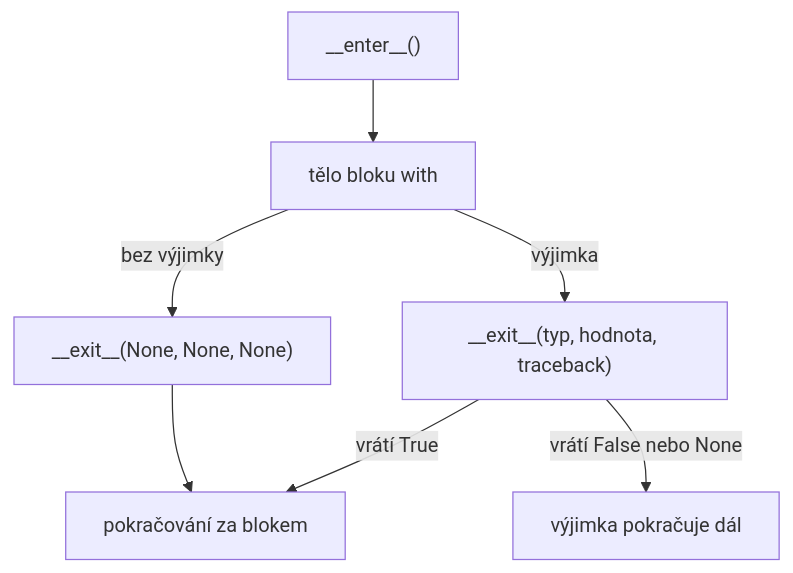
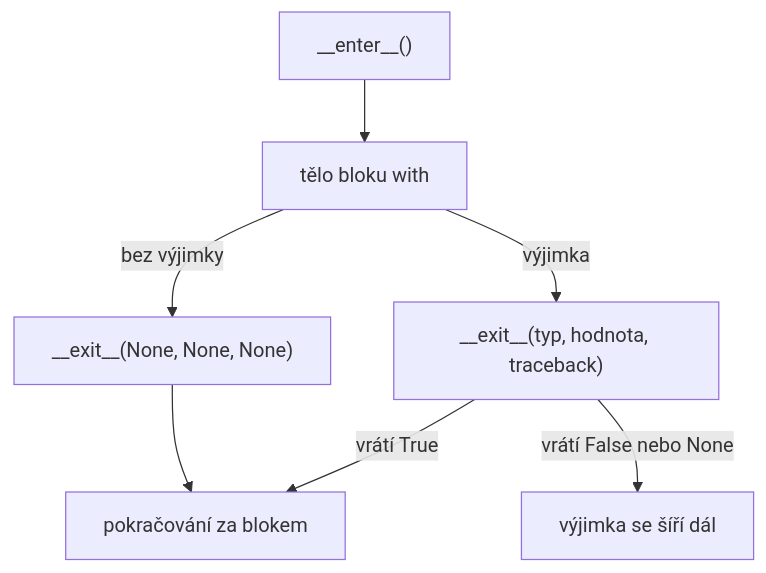
Before and after one commit to BPC-UIM/doplnkove-materialy: the second of 2 diagrams in 01-psani-kodu/dekoratory.md, drawn with Mermaid. The commit also changed other lines of this file and 2 other files, not shown here.

````diff
--- a/01-psani-kodu/dekoratory.md
+++ b/01-psani-kodu/dekoratory.md
@@ -482,9 +482,9 @@
 ```mermaid
 flowchart TB
     E["__enter__()"] --> T["tělo bloku with"]
     T -- "bez výjimky" --> X1["__exit__(None, None, None)"]
     T -- "výjimka" --> X2["__exit__(typ, hodnota, traceback)"]
     X1 --> P["pokračování za blokem"]
     X2 -- "vrátí True" --> P
-    X2 -- "vrátí False nebo None" --> V["výjimka pokračuje dál"]
+    X2 -- "vrátí False nebo None" --> V["výjimka se šíří dál"]
 ```
````
